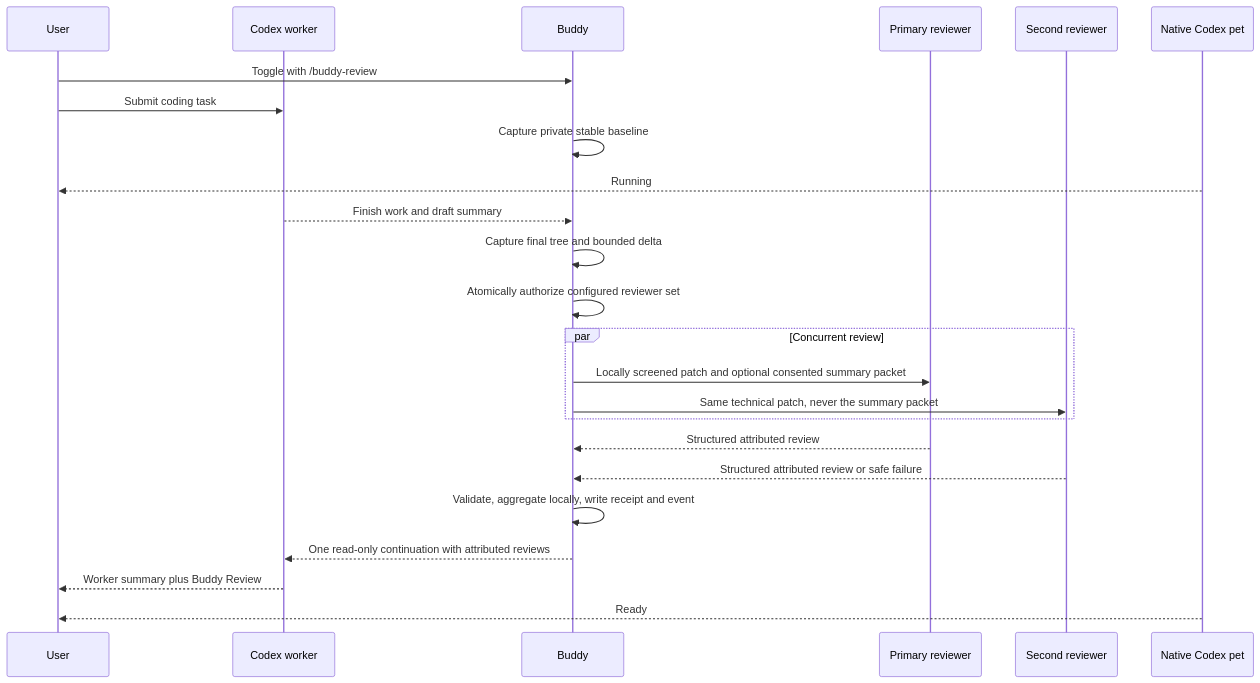
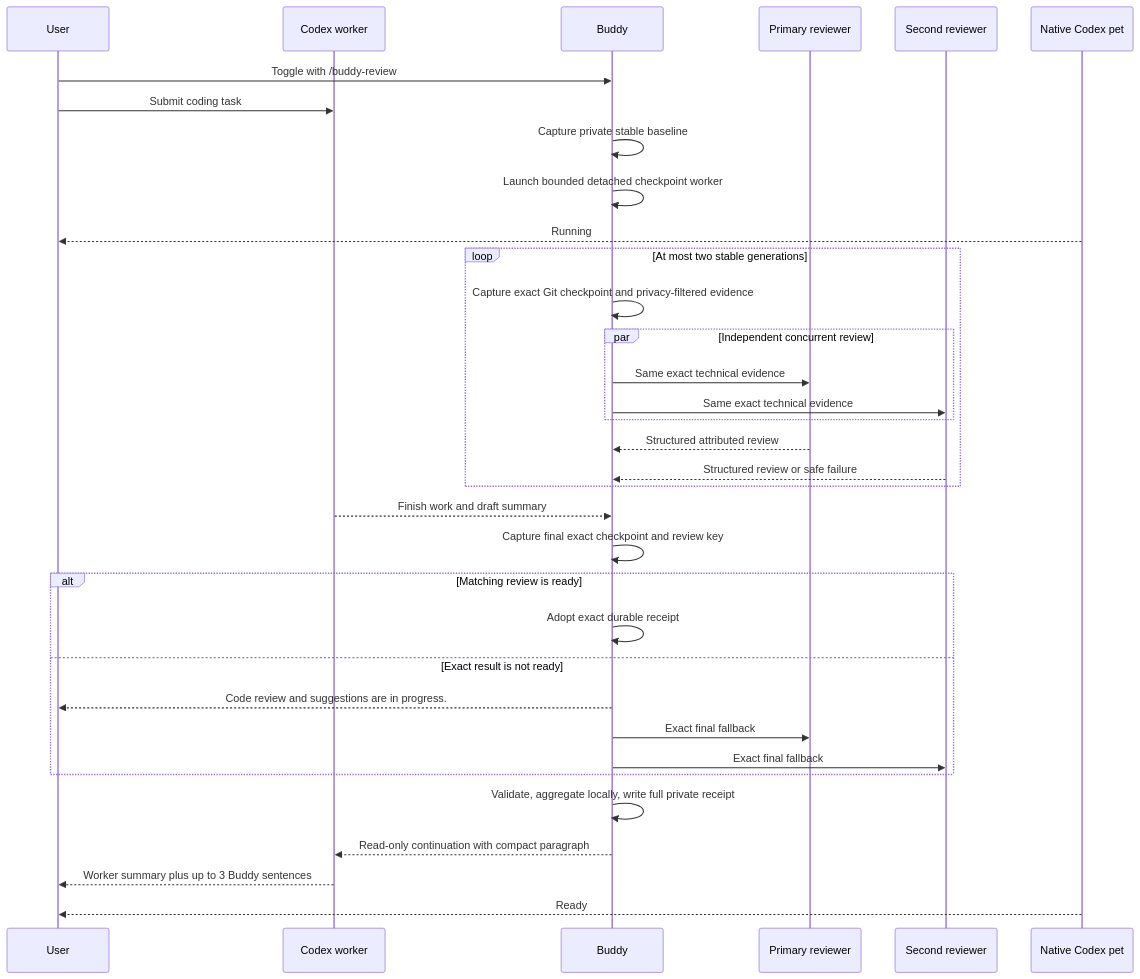
Before and after one commit to pnascimento9596/codex-buddy-reviewer: the third of 3 diagrams in README.md, drawn with Mermaid. The commit also changed other lines of this file and 63 other files, not shown here.

First line of the commit message:
Add continuous exact-checkpoint buddy review (#5)

````diff
--- a/README.md
+++ b/README.md
@@ -289,27 +307,37 @@
 ```mermaid
 sequenceDiagram
     participant U as User
     participant C as Codex worker
     participant B as Buddy
     participant R1 as Primary reviewer
     participant R2 as Second reviewer
     participant P as Native Codex pet
 
     U->>B: Toggle with /buddy-review
     U->>C: Submit coding task
     B->>B: Capture private stable baseline
+    B->>B: Launch bounded detached checkpoint worker
     P-->>U: Running
+    loop At most two stable generations
+        B->>B: Capture exact Git checkpoint and privacy-filtered evidence
+        par Independent concurrent review
+            B->>R1: Same exact technical evidence
+            B->>R2: Same exact technical evidence
+        end
+        R1-->>B: Structured attributed review
+        R2-->>B: Structured review or safe failure
+    end
     C-->>B: Finish work and draft summary
-    B->>B: Capture final tree and bounded delta
-    B->>B: Atomically authorize configured reviewer set
-    par Concurrent review
-        B->>R1: Locally screened patch and optional consented summary packet
-        B->>R2: Same technical patch, never the summary packet
+    B->>B: Capture final exact checkpoint and review key
+    alt Matching review is ready
+        B->>B: Adopt exact durable receipt
+    else Exact result is not ready
+        B-->>U: Code review and suggestions are in progress.
+        B->>R1: Exact final fallback
+        B->>R2: Exact final fallback
     end
-    R1-->>B: Structured attributed review
-    R2-->>B: Structured attributed review or safe failure
-    B->>B: Validate, aggregate locally, write receipt and event
-    B-->>C: One read-only continuation with attributed reviews
-    C-->>U: Worker summary plus Buddy Review
+    B->>B: Validate, aggregate locally, write full private receipt
+    B-->>C: Read-only continuation with compact paragraph
+    C-->>U: Worker summary plus up to 3 Buddy sentences
     P-->>U: Ready
 ```
````
